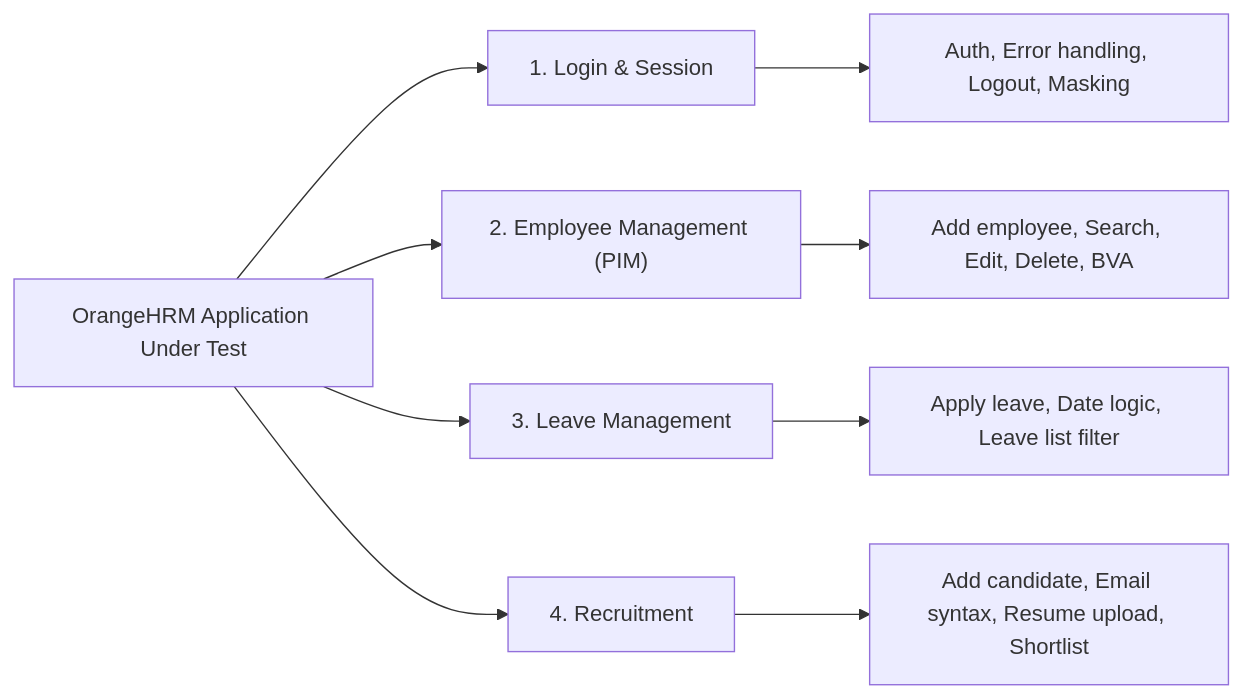
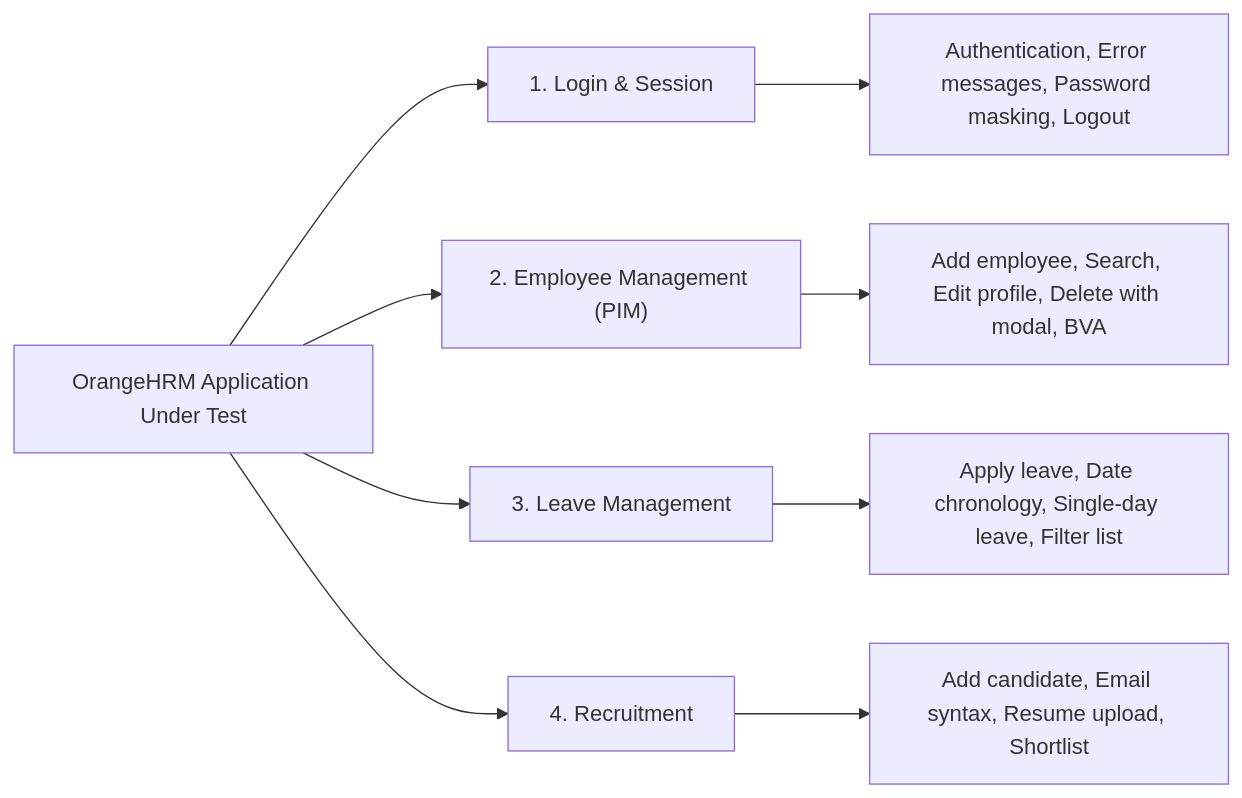
Before and after one commit to PranaliO/orangehrm-manual-testing-project: the diagram in README.md, drawn with Mermaid. The commit also changed other lines of this file and 5 other files, not shown here.

````diff
--- a/README.md
+++ b/README.md
@@ -46,12 +41,12 @@
 ```mermaid
 flowchart LR
     A["OrangeHRM Application Under Test"] --> B["1. Login & Session"]
     A --> C["2. Employee Management (PIM)"]
     A --> D["3. Leave Management"]
     A --> E["4. Recruitment"]
 
-    B --> B1["Auth, Error handling, Logout, Masking"]
-    C --> C1["Add employee, Search, Edit, Delete, BVA"]
-    D --> D1["Apply leave, Date logic, Leave list filter"]
+    B --> B1["Authentication, Error messages, Password masking, Logout"]
+    C --> C1["Add employee, Search, Edit profile, Delete with modal, BVA"]
+    D --> D1["Apply leave, Date chronology, Single-day leave, Filter list"]
     E --> E1["Add candidate, Email syntax, Resume upload, Shortlist"]
 ```
````
